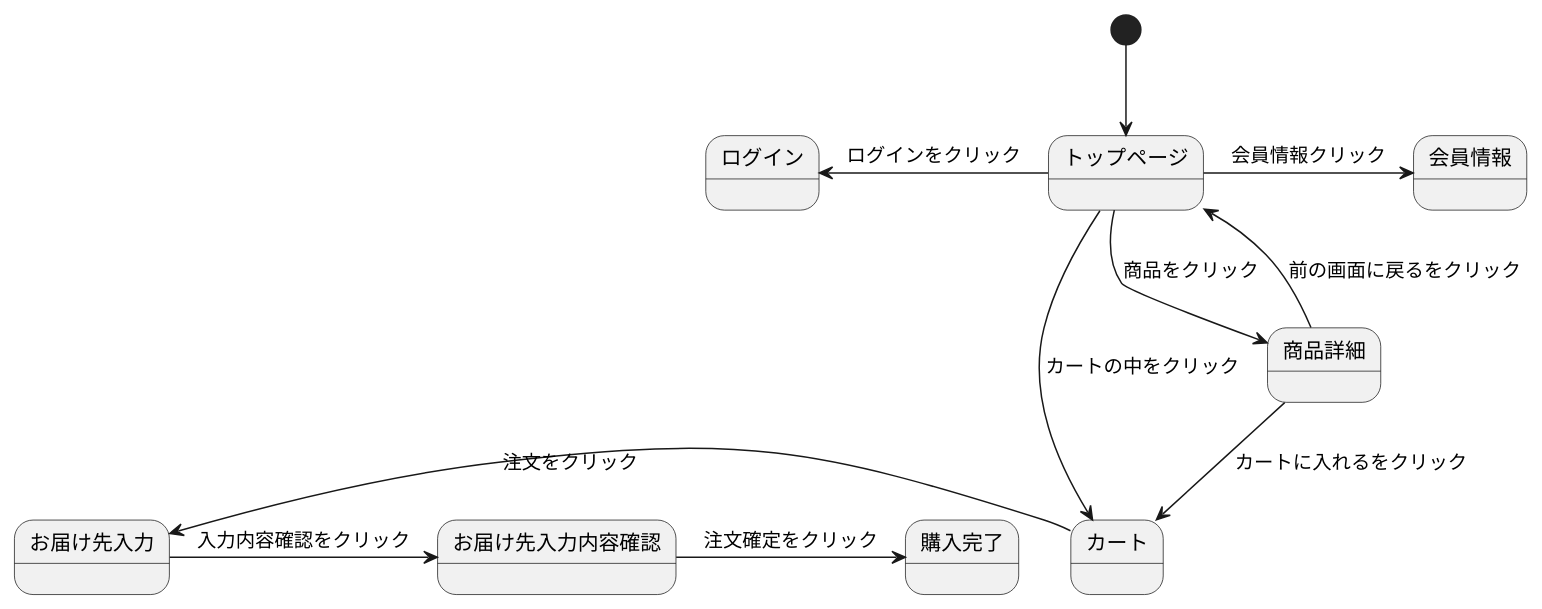
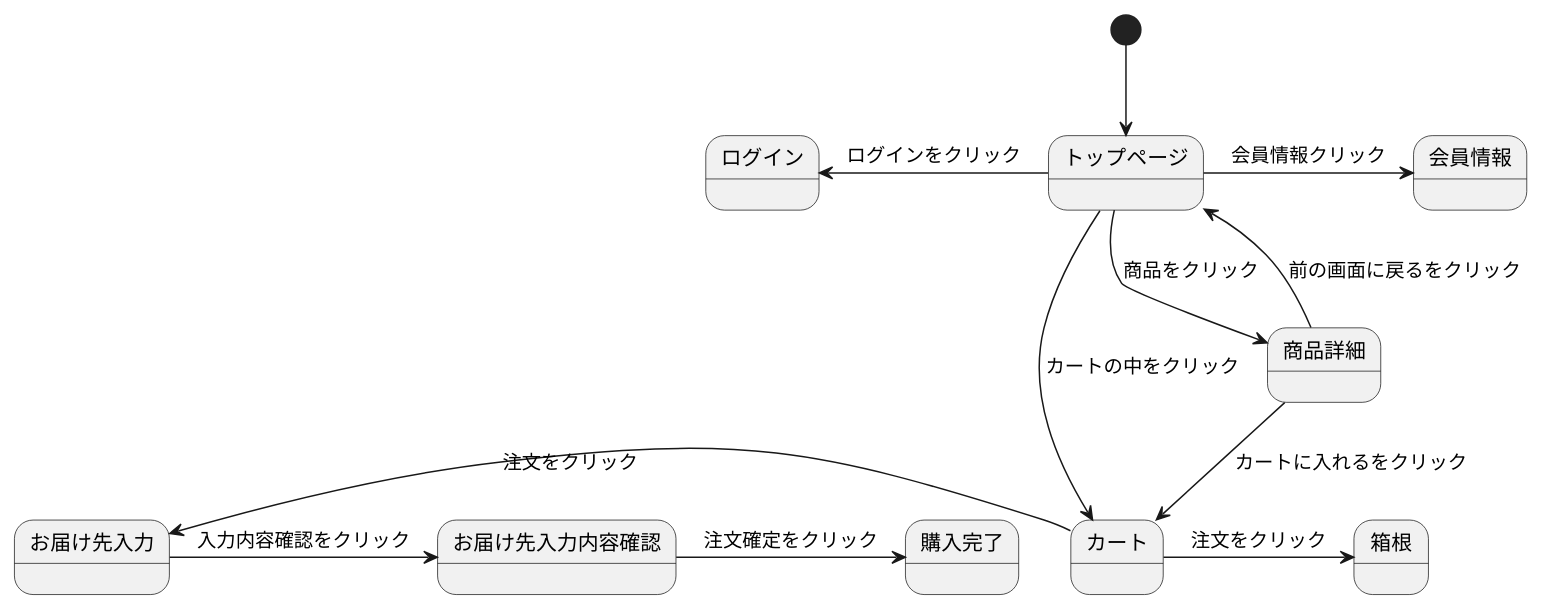
Before and after one commit to Aso2001196/2021sys-design: the diagram in stm01.md, drawn with PlantUML.

````diff
--- a/stm01.md
+++ b/stm01.md
@@ -1,14 +1,15 @@
 ```uml
 @startuml
 [*]--> トップページ
 トップページ -> 会員情報 : 会員情報クリック
 トップページ -left-> ログイン : ログインをクリック
 トップページ --> 商品詳細 : 商品をクリック
 トップページ --> カート : カートの中をクリック
 商品詳細 --> カート : カートに入れるをクリック
 商品詳細 --> トップページ : 前の画面に戻るをクリック
+カート -> 箱根 : 注文をクリック
 カート -left-> お届け先入力 : 注文をクリック
 お届け先入力 -> お届け先入力内容確認 : 入力内容確認をクリック
 お届け先入力内容確認 -> 購入完了 : 注文確定をクリック
 @enduml
 ```
````
